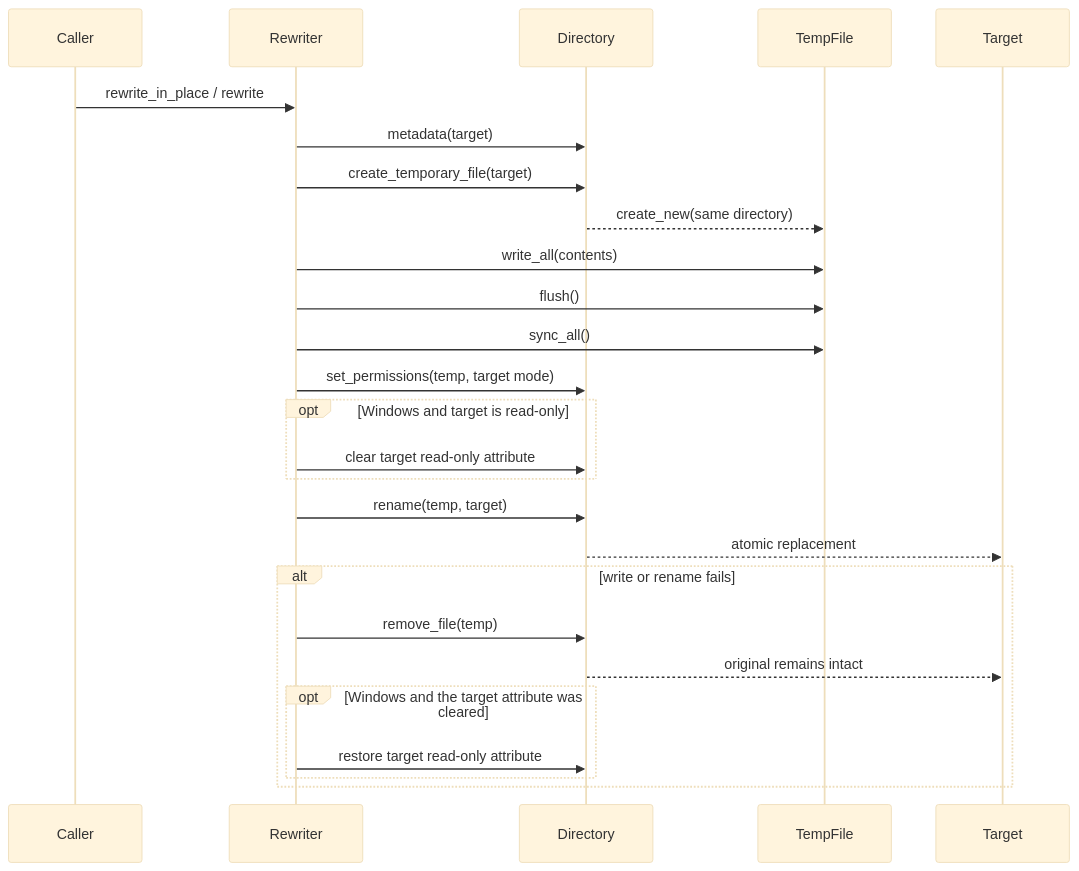
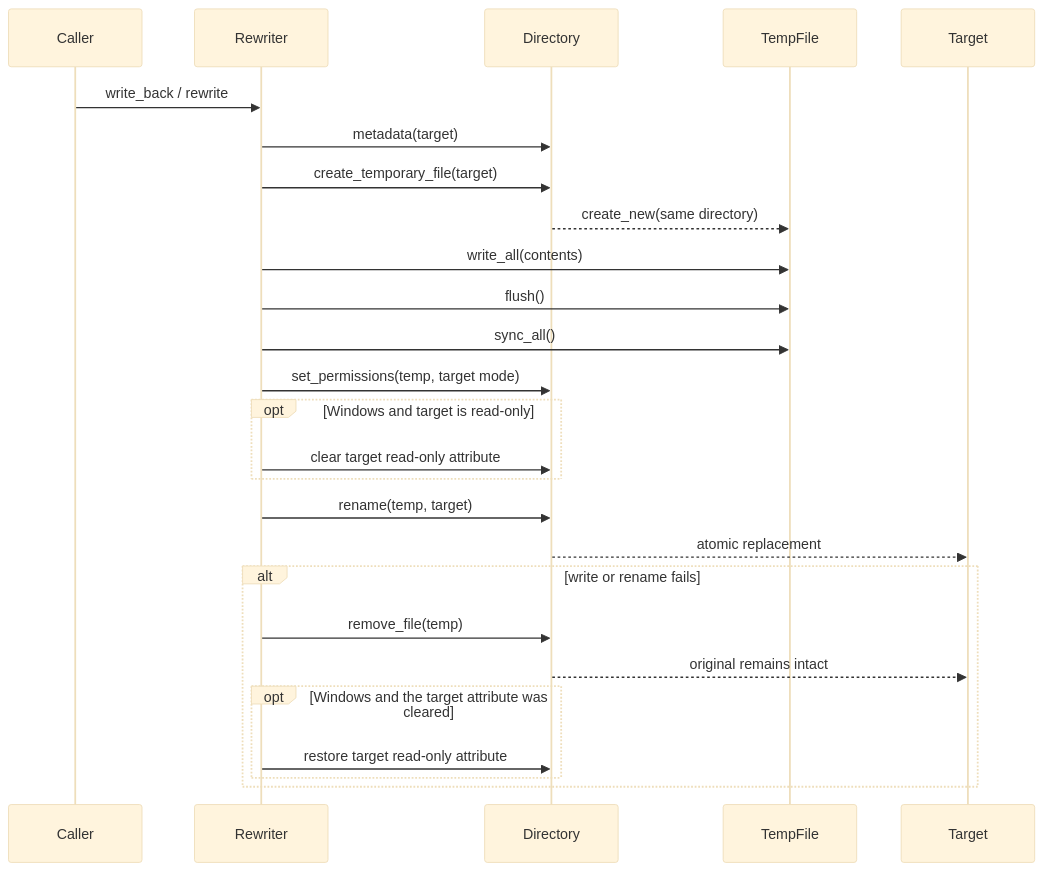
One commit to leynos/mdtablefix changed the eighth of 8 diagrams in docs/architecture.md. Above: the diagram before and after it, drawn with Mermaid (base theme). The commit also changed other lines of this file and 107 other files, not shown here.

````diff
--- a/docs/architecture.md
+++ b/docs/architecture.md
@@ -728,29 +833,29 @@
 ```mermaid
 sequenceDiagram
     participant Caller
     participant Rewriter
     participant Directory
     participant TempFile
     participant Target
 
-    Caller->>Rewriter: rewrite_in_place / rewrite
+    Caller->>Rewriter: write_back / rewrite
     Rewriter->>Directory: metadata(target)
     Rewriter->>Directory: create_temporary_file(target)
     Directory-->>TempFile: create_new(same directory)
     Rewriter->>TempFile: write_all(contents)
     Rewriter->>TempFile: flush()
     Rewriter->>TempFile: sync_all()
     Rewriter->>Directory: set_permissions(temp, target mode)
     opt Windows and target is read-only
         Rewriter->>Directory: clear target read-only attribute
     end
     Rewriter->>Directory: rename(temp, target)
     Directory-->>Target: atomic replacement
     alt write or rename fails
         Rewriter->>Directory: remove_file(temp)
         Directory-->>Target: original remains intact
         opt Windows and the target attribute was cleared
             Rewriter->>Directory: restore target read-only attribute
         end
     end
 ```
````
